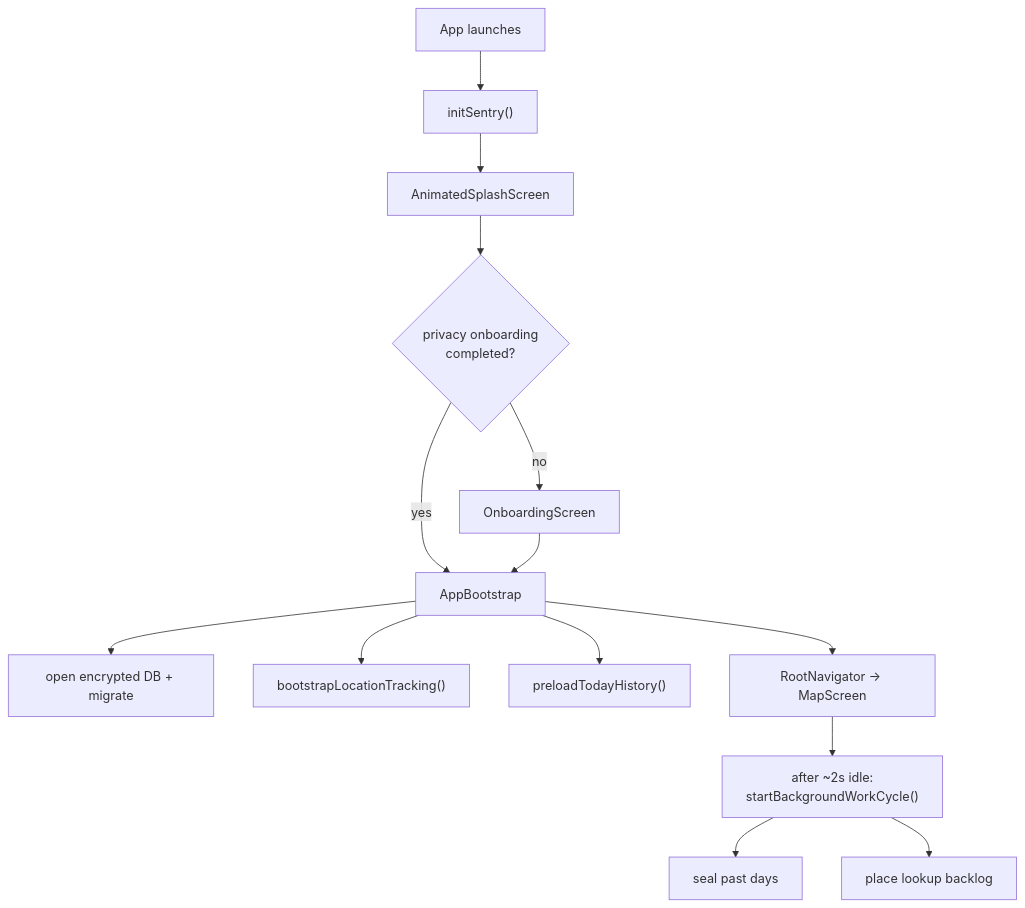
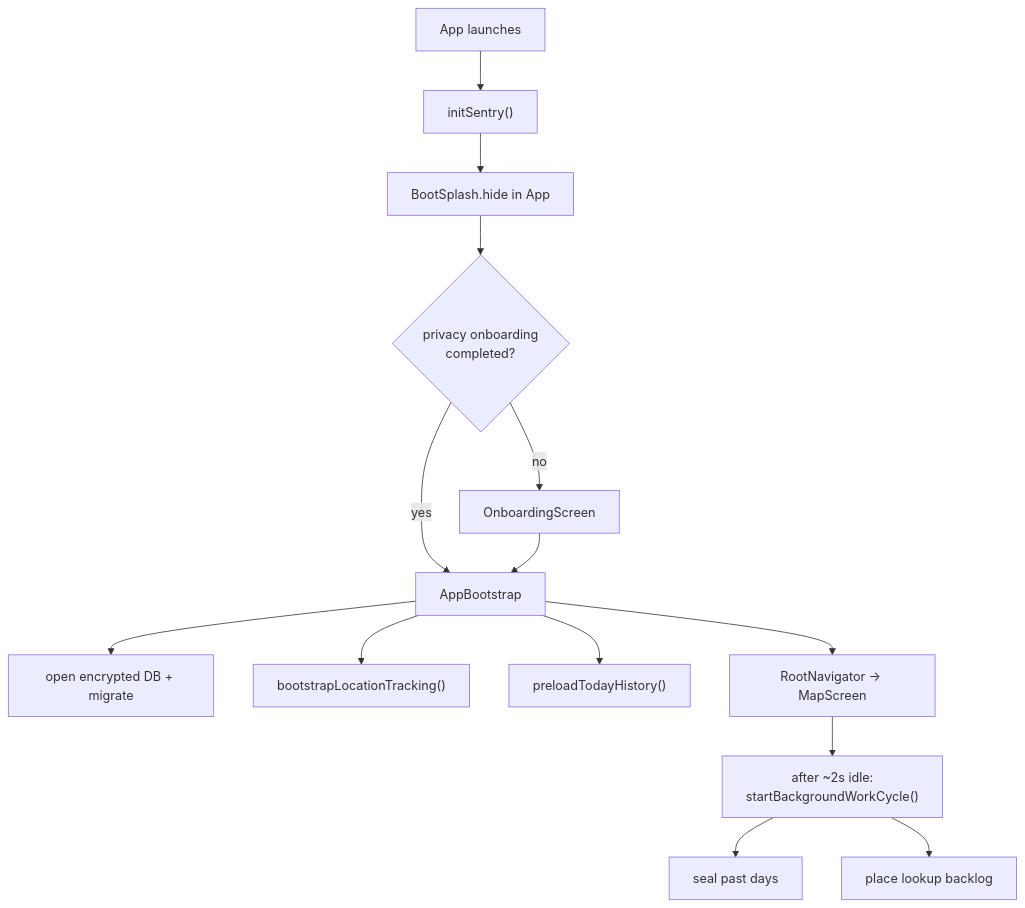
Diagram 13 of 14 in docs/PROJECT_GUIDE.md (SandeepSagarPanjala/LifeMap), drawn with Mermaid before and after one commit. The commit also changed 36 other files, not shown here.

First line of the commit message:
Use a single native BootSplash for cold start.

````diff
--- a/docs/PROJECT_GUIDE.md
+++ b/docs/PROJECT_GUIDE.md
@@ -1030,16 +1030,16 @@
 ```mermaid
 flowchart TD
   START["App launches"] --> SENTRY["initSentry()"]
-  SENTRY --> SPLASH["AnimatedSplashScreen"]
+  SENTRY --> SPLASH["BootSplash.hide in App"]
   SPLASH --> ONB{"privacy onboarding<br/>completed?"}
   ONB -- no --> SLIDES["OnboardingScreen"]
   ONB -- yes --> BOOT["AppBootstrap"]
   SLIDES --> BOOT
   BOOT --> DB["open encrypted DB + migrate"]
   BOOT --> TRACK["bootstrapLocationTracking()"]
   BOOT --> PRELOAD["preloadTodayHistory()"]
   BOOT --> NAV["RootNavigator → MapScreen"]
   NAV --> IDLE["after ~2s idle:<br/>startBackgroundWorkCycle()"]
   IDLE --> SEAL["seal past days"]
   IDLE --> LOOKUP["place lookup backlog"]
 ```
````
